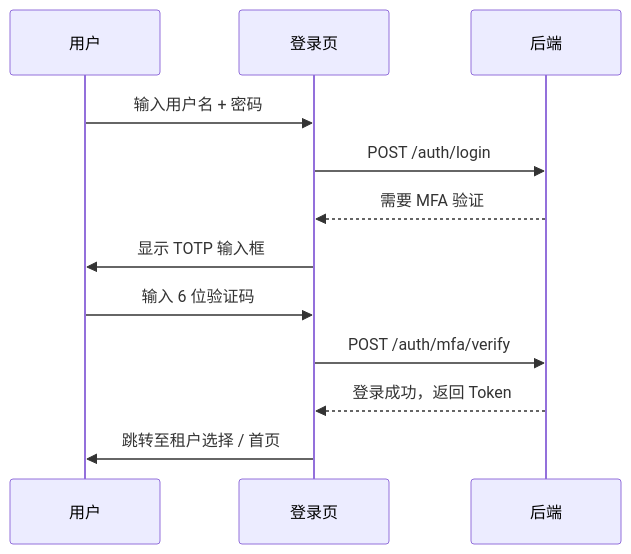
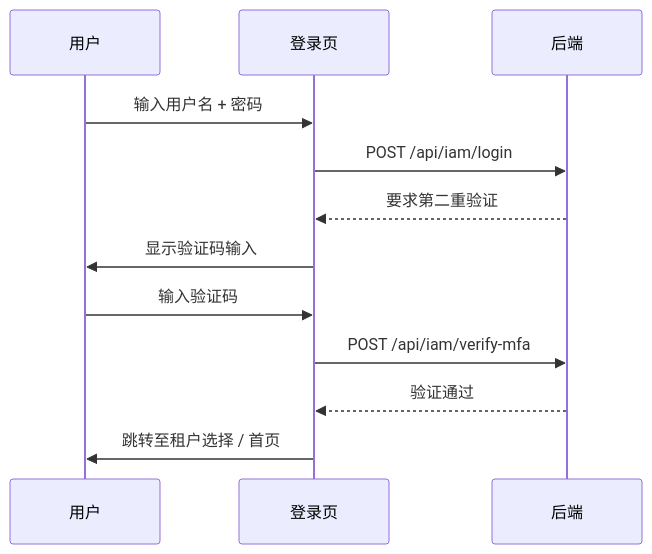
Before and after one commit to poxiaoyun/docs: the second of 3 diagrams in src/pages/docs/cn/02.guide/01.quick-start.md, drawn with Mermaid. The commit also changed other lines of this file and 463 other files, not shown here.

````diff
--- a/src/pages/docs/cn/02.guide/01.quick-start.md
+++ b/src/pages/docs/cn/02.guide/01.quick-start.md
@@ -96,15 +86,15 @@
 ```mermaid
 sequenceDiagram
     participant U as 用户
     participant S as 登录页
     participant B as 后端
 
     U->>S: 输入用户名 + 密码
-    S->>B: POST /auth/login
-    B-->>S: 需要 MFA 验证
-    S->>U: 显示 TOTP 输入框
-    U->>S: 输入 6 位验证码
-    S->>B: POST /auth/mfa/verify
-    B-->>S: 登录成功，返回 Token
+    S->>B: POST /api/iam/login
+    B-->>S: 要求第二重验证
+    S->>U: 显示验证码输入
+    U->>S: 输入验证码
+    S->>B: POST /api/iam/verify-mfa
+    B-->>S: 验证通过
     S->>U: 跳转至租户选择 / 首页
 ```
````
